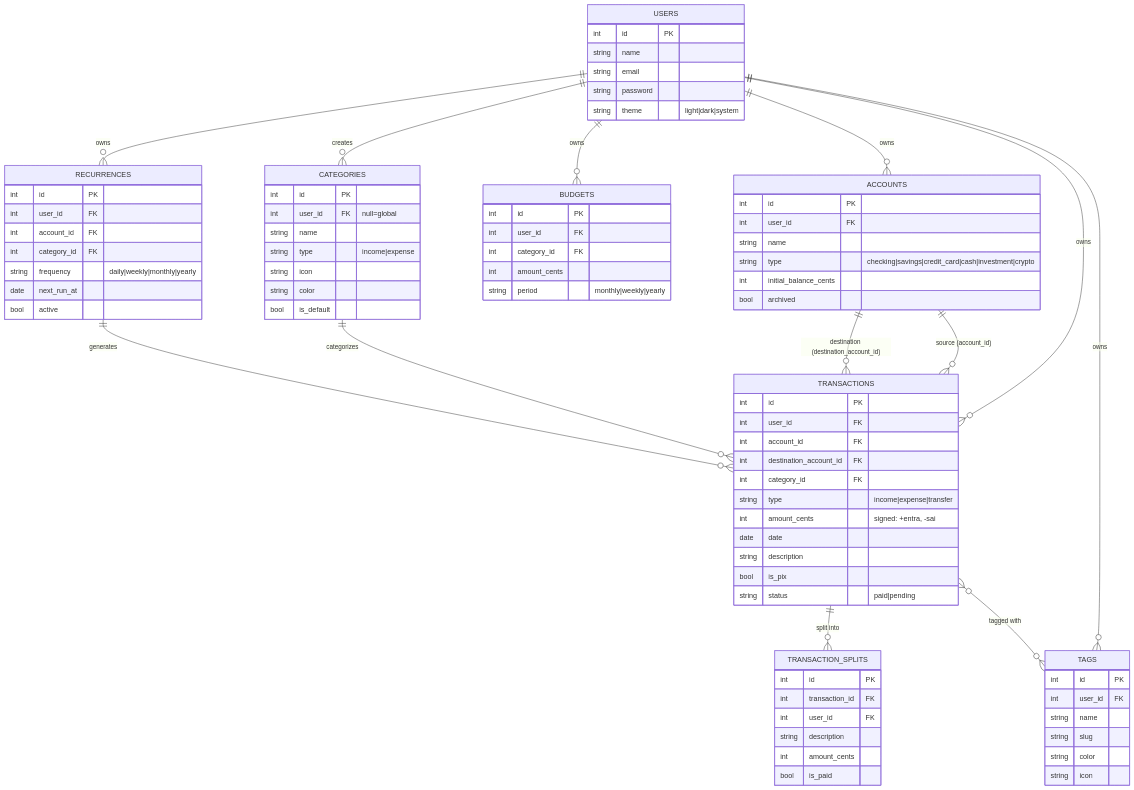
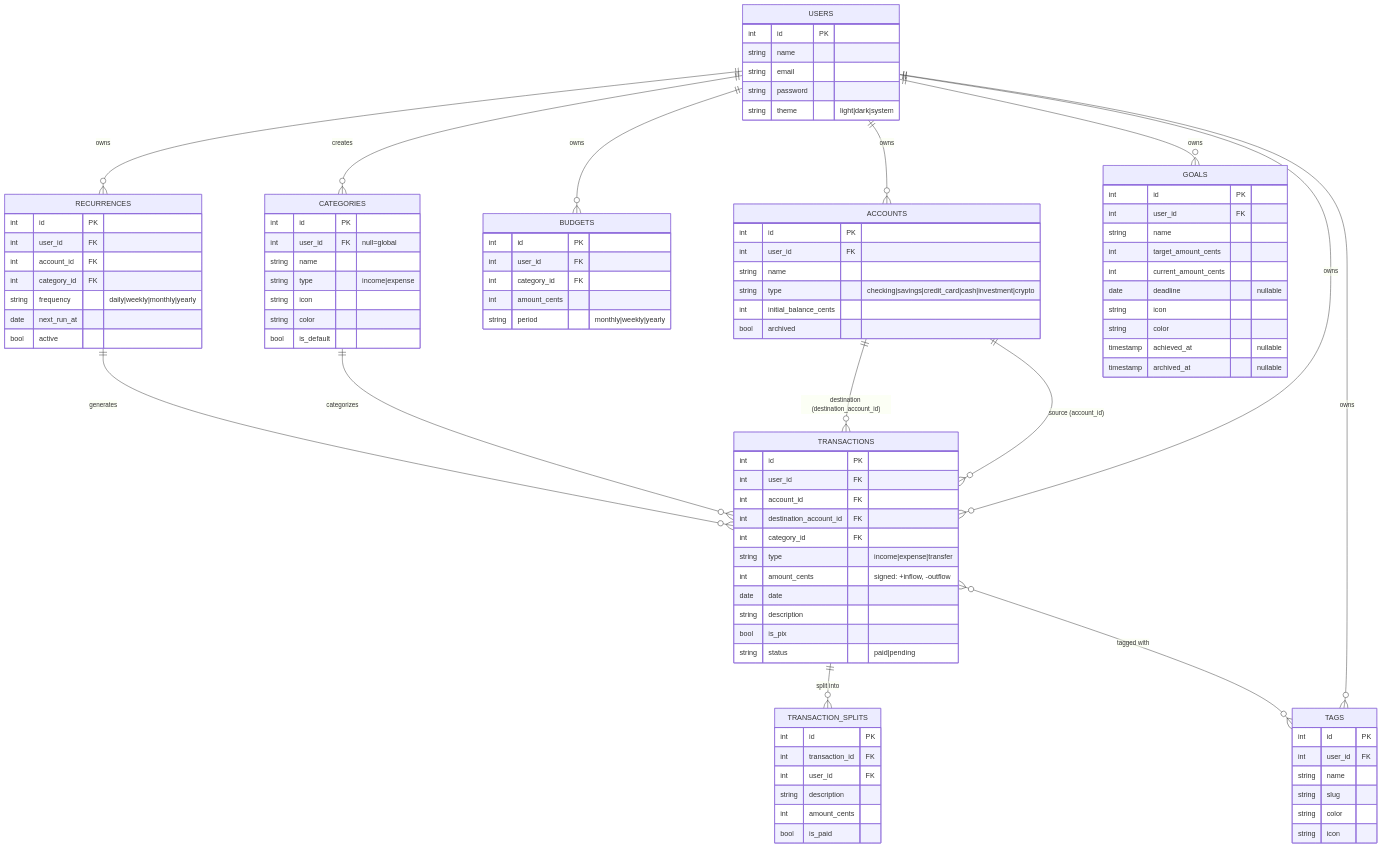
The diagram in README.md (hdellamanna/solar), drawn with Mermaid before and after one commit. The commit also changed other lines of this file, not shown here.

````diff
--- a/README.md
+++ b/README.md
@@ -135,10 +145,11 @@
     USERS ||--o{ TAGS : owns
     USERS ||--o{ BUDGETS : owns
     USERS ||--o{ RECURRENCES : owns
+    USERS ||--o{ GOALS : owns
     ACCOUNTS ||--o{ TRANSACTIONS : "source (account_id)"
     ACCOUNTS ||--o{ TRANSACTIONS : "destination (destination_account_id)"
-    CATEGORIES ||--o{ TRANSACTIONS : "categorizes"
-    RECURRENCES ||--o{ TRANSACTIONS : "generates"
+    CATEGORIES ||--o{ TRANSACTIONS : categorizes
+    RECURRENCES ||--o{ TRANSACTIONS : generates
     TRANSACTIONS ||--o{ TRANSACTION_SPLITS : "split into"
     TRANSACTIONS }o--o{ TAGS : "tagged with"
 
@@ -173,7 +184,7 @@
         int destination_account_id FK
         int category_id FK
         string type "income|expense|transfer"
-        int amount_cents "signed: +entra, -sai"
+        int amount_cents "signed: +inflow, -outflow"
         date date
         string description
         bool is_pix
@@ -211,4 +222,16 @@
         date next_run_at
         bool active
     }
+    GOALS {
+        int id PK
+        int user_id FK
+        string name
+        int target_amount_cents
+        int current_amount_cents
+        date deadline "nullable"
+        string icon
+        string color
+        timestamp achieved_at "nullable"
+        timestamp archived_at "nullable"
+    }
 ```
````
